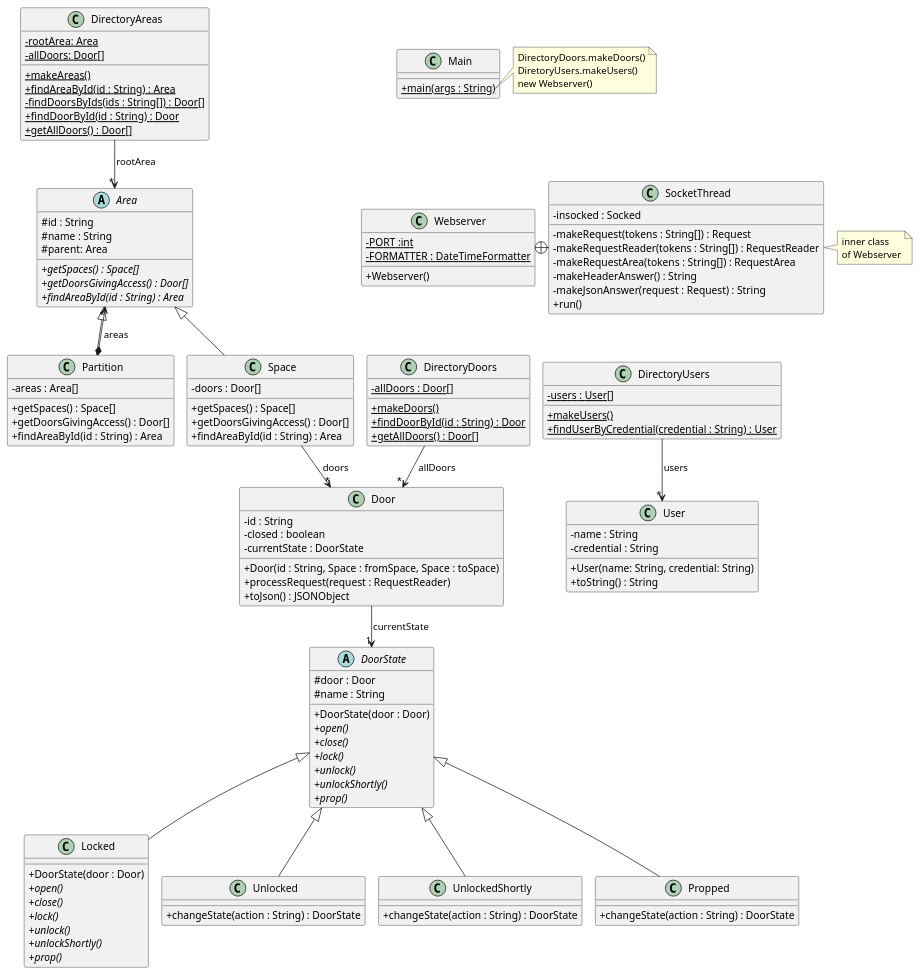
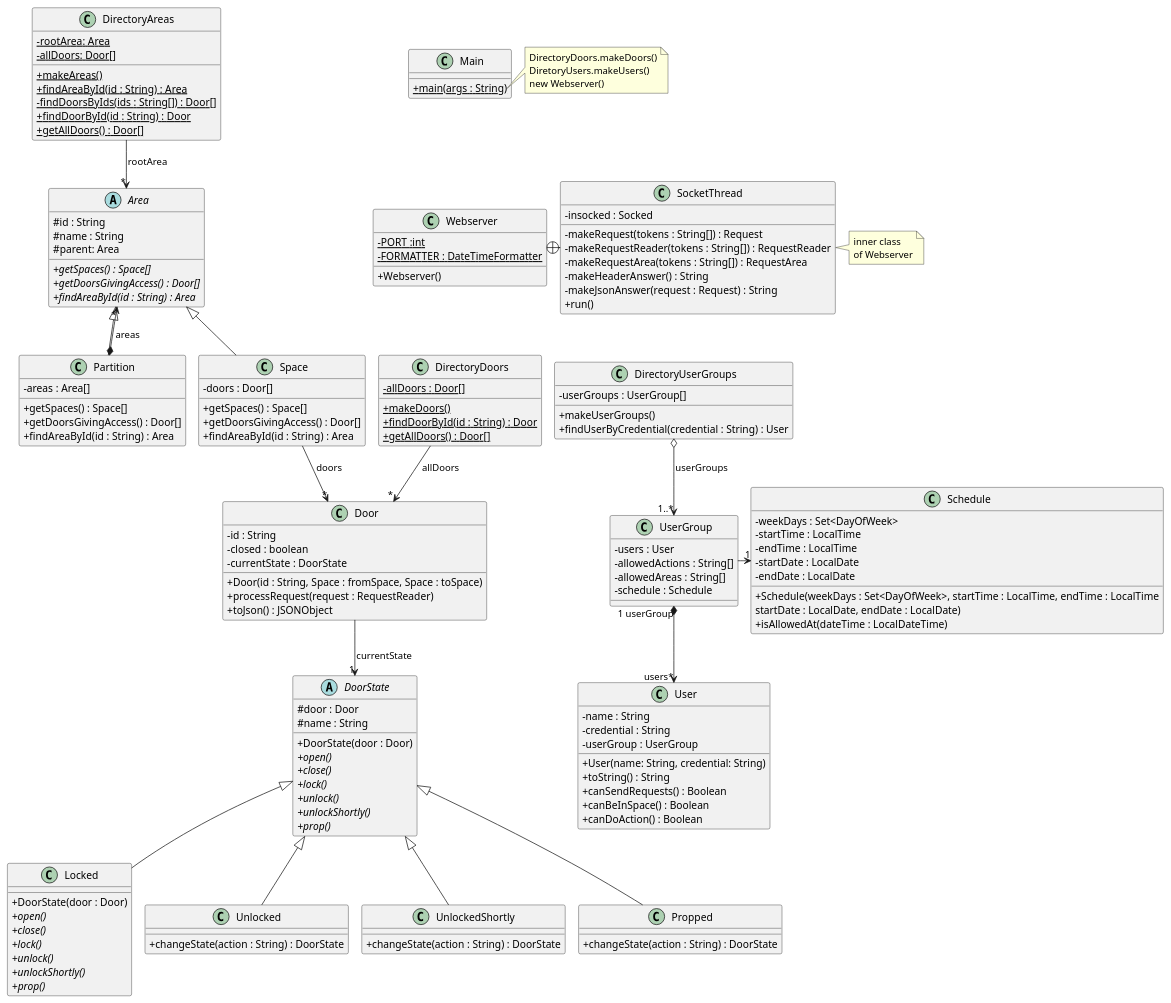
One commit to cantepoler/acs_uab changed the diagram in src/baseNoStates/uml/base_no_states.puml. Above: the diagram before and after it, drawn with PlantUML. The commit also changed 4 other files, not shown here.

Commit message:
UML actualitzat amb la llògica de UserGroups, inici de la implementació amb la creació de la nova classe Schedule

```diff
--- a/src/baseNoStates/uml/base_no_states.puml
+++ b/src/baseNoStates/uml/base_no_states.puml
@@ -1,156 +1,181 @@
 @startuml
 'https://plantuml.com/class-diagram
 skinparam classAttributeIconSize 0
 !pragma layout smetana
 
 class Webserver {
 - {static} PORT :int
 - {static} FORMATTER : DateTimeFormatter
 + Webserver()
 }
 
 class SocketThread {
 - insocked : Socked
 - makeRequest(tokens : String[]) : Request
 - makeRequestReader(tokens : String[]) : RequestReader
 - makeRequestArea(tokens : String[]) : RequestArea
 - makeHeaderAnswer() : String
 - makeJsonAnswer(request : Request) : String
 + run()
 }
 
 Webserver +-right- SocketThread
 
 note right of SocketThread
 inner class
 of Webserver
 end note
 
 class DirectoryAreas
 {
 {static}-rootArea: Area
 {static}-allDoors: Door[]
 {static}+makeAreas()
 {static}+findAreaById(id : String) : Area
 {static}-findDoorsByIds(ids : String[]) : Door[]
 {static}+findDoorById(id : String) : Door
 {static}+getAllDoors() : Door[]
 }
 
 DirectoryAreas --> "*" Area : "rootArea"
 
 class DirectoryDoors {
 - {static} allDoors : Door[]
 + {static} makeDoors()
 + {static} findDoorById(id : String) : Door
 + {static} getAllDoors() : Door[]
 }
 
 DirectoryDoors --> "*" Door : "allDoors"
 
-class DirectoryUsers {
-- {static} users : User[]
-+ {static} makeUsers()
-+ {static} findUserByCredential(credential : String) : User
-}
-
-DirectoryUsers --> "*" User : "users"
-
 class Door {
 - id : String
 - closed : boolean
 - currentState : DoorState
 + Door(id : String, Space : fromSpace, Space : toSpace)
 + processRequest(request : RequestReader)
 + toJson() : JSONObject
 
 '+ toString() : String
 '+ isClosed() :boolean
 '+ setClosed(b : boolean)
 '+ getStateName() : String
 
 }
 
+class DirectoryUserGroups {
+- userGroups : UserGroup[]
++ makeUserGroups()
++ findUserByCredential(credential : String) : User
+}
+
+DirectoryUserGroups o--> "1..*" UserGroup : "userGroups"
+UserGroup "1 userGroup"*-->"users*" User
+
+class UserGroup {
+- users : User
+- allowedActions : String[]
+- allowedAreas : String[]
+- schedule : Schedule
+}
+
+UserGroup -right->"1" Schedule
+
+class Schedule {
+- weekDays : Set<DayOfWeek>
+- startTime : LocalTime
+- endTime : LocalTime
+- startDate : LocalDate
+- endDate : LocalDate
+
++ Schedule(weekDays : Set<DayOfWeek>, startTime : LocalTime, endTime : LocalTime
+    startDate : LocalDate, endDate : LocalDate)
++ isAllowedAt(dateTime : LocalDateTime)
+}
 
 class User {
 - name : String
 - credential : String
+- userGroup : UserGroup
 + User(name: String, credential: String)
 + toString() : String
++ canSendRequests() : Boolean
++ canBeInSpace() : Boolean
++ canDoAction() : Boolean
 }
 
 
 class Main {
 + {static} main(args : String)
 }
 
 abstract DoorState{
 # door : Door
 # name : String
 + DoorState(door : Door)
 {abstract}+ open()
 {abstract}+ close()
 {abstract}+ lock()
 {abstract}+ unlock()
 {abstract}+ unlockShortly()
 {abstract}+ prop()
 }
 
 class Locked extends DoorState{
 + DoorState(door : Door)
 {abstract}+ open()
 {abstract}+ close()
 {abstract}+ lock()
 {abstract}+ unlock()
 {abstract}+ unlockShortly()
 {abstract}+ prop()
 }
 
 class Unlocked extends DoorState{
 + changeState(action : String) : DoorState
 }
 
 class UnlockedShortly extends DoorState{
 + changeState(action : String) : DoorState
 }
 
 class Propped extends DoorState{
 + changeState(action : String) : DoorState
 }
 
 abstract Area{
 #id : String
 #name : String
 #parent: Area
 {abstract}+ getSpaces() : Space[]
 {abstract}+ getDoorsGivingAccess() : Door[]
 {abstract}+ findAreaById(id : String) : Area
 }
 
 class Space extends Area{
 - doors : Door[]
 + getSpaces() : Space[]
 + getDoorsGivingAccess() : Door[]
 + findAreaById(id : String) : Area
 }
 
 class Partition extends Area{
 - areas : Area[]
 + getSpaces() : Space[]
 + getDoorsGivingAccess() : Door[]
 + findAreaById(id : String) : Area
 }
 
 note right of Main::main
 DirectoryDoors.makeDoors()
 DiretoryUsers.makeUsers()
 new Webserver()
 end note
 
 Main -[hidden]down- Webserver
 Webserver -[hidden]down- DirectoryDoors
-DirectoryDoors -[hidden]right- DirectoryUsers
+DirectoryDoors -[hidden]right- DirectoryUserGroups
 Door -->"1" DoorState : currentState
 Partition *-->"*" Area : areas
 Space -->"*" Door : doors
 @enduml
```
